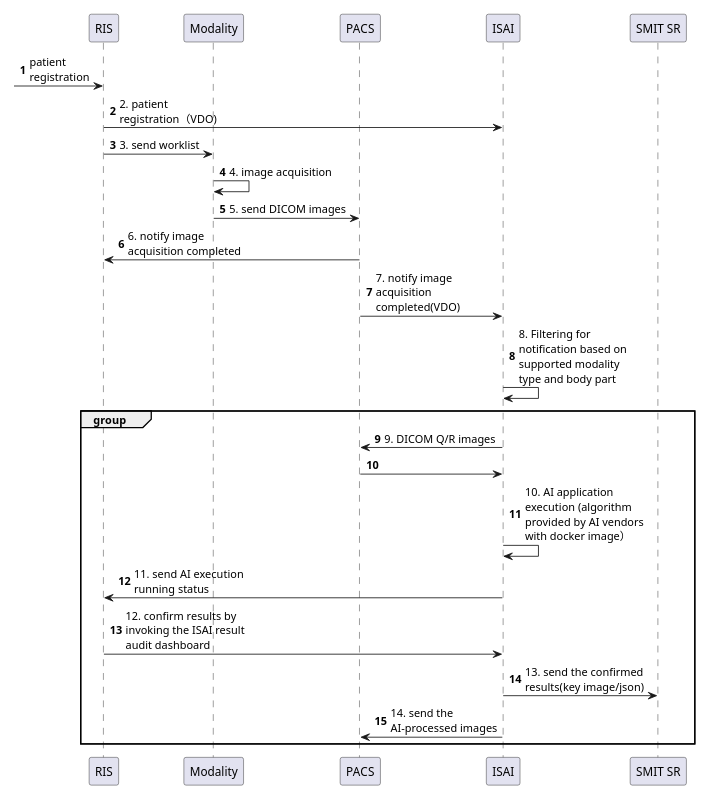
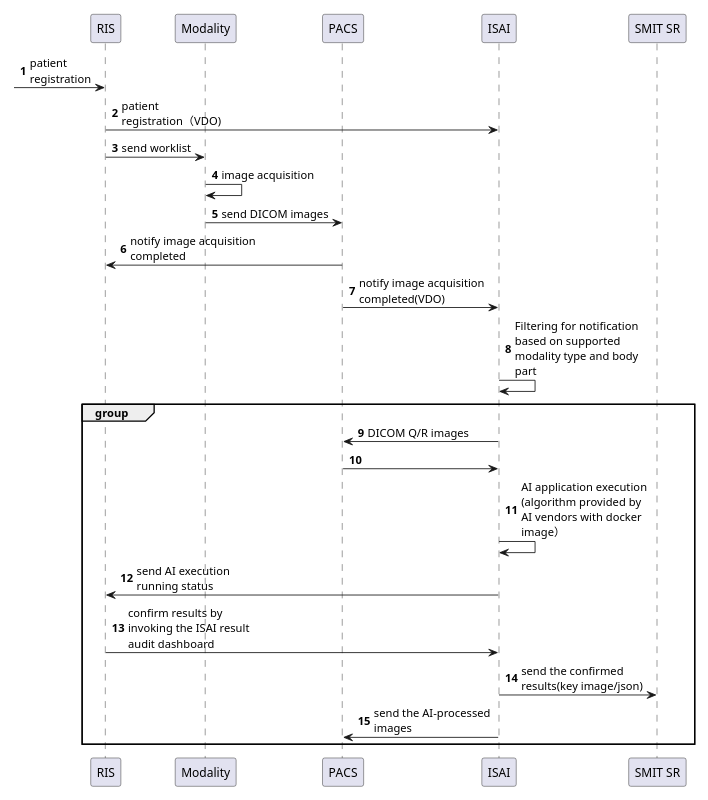
Before and after one commit to xmiao/AI.interoperability: the diagram in images-source/ISAI/ISAI-flow.puml, drawn with PlantUML.

```diff
--- a/images-source/ISAI/ISAI-flow.puml
+++ b/images-source/ISAI/ISAI-flow.puml
@@ -1,62 +1,62 @@
 @startuml
 'https://plantuml.com/sequence-diagram
 
 skinparam maxMessageSize 150
 scale 500 width
 autonumber
 
 actor "Patient" as patient
 actor "Doctor" as doctor
 actor "Nurse" as nurse
 actor "Pharmacist" as pharmacist
 actor "Radiologist" as radiologist
 actor "X-Ray Technician" as xraytechnician
 actor "Cardiologist" as cardiologist
 actor "Surgeon" as surgeon
 actor "Anesthesiologist" as anesthesiologist
 actor "Pathologist" as pathologist
 actor "Psychiatrist" as psychiatrist
 actor "Third Party" as thirdparty
 actor "AI algorithm" as ai
 
 participant RIS as RIS
 participant PACS as PACS
 participant EMR as EMR
 participant ISAI as ISAI
 
 participant "RIS" as R
 participant "Modality" as M
 participant "PACS" as P
 participant "ISAI" as I
 participant "SMIT SR" as S
 
 
 hide @unlinked
 
 'group CTA
 'patient -> doctor: I need a doctor
 'cardiologist -> pathologist:
 'end
 
  -> R: patient\nregistration
-R -> I: 2. patient registration（VDO)
-R -> M: 3. send worklist
-M -> M: 4. image acquisition
-M -> P: 5. send DICOM images
-P -> R: 6. notify image acquisition completed
-P -> I: 7. notify image acquisition completed(VDO)
+R -> I: patient registration（VDO)
+R -> M: send worklist
+M -> M: image acquisition
+M -> P: send DICOM images
+P -> R: notify image acquisition completed
+P -> I: notify image acquisition completed(VDO)
 
-I -> I: 8. Filtering for notification based on supported modality type and body part
+I -> I: Filtering for notification based on supported modality type and body part
 
 group
-    P <- I: 9. DICOM Q/R images
+    P <- I: DICOM Q/R images
     P -> I:
-    I -> I: 10. AI application execution (algorithm provided by AI vendors with docker image）
-    I -> R: 11. send AI execution running status
-    R -> I: 12. confirm results by invoking the ISAI result audit dashboard
-    I -> S: 13. send the confirmed results(key image/json)
-    I -> P: 14. send the AI-processed images
+    I -> I: AI application execution (algorithm provided by AI vendors with docker image）
+    I -> R: send AI execution running status
+    R -> I: confirm results by invoking the ISAI result audit dashboard
+    I -> S: send the confirmed results(key image/json)
+    I -> P: send the AI-processed images
 end
 
 
 @enduml
```
